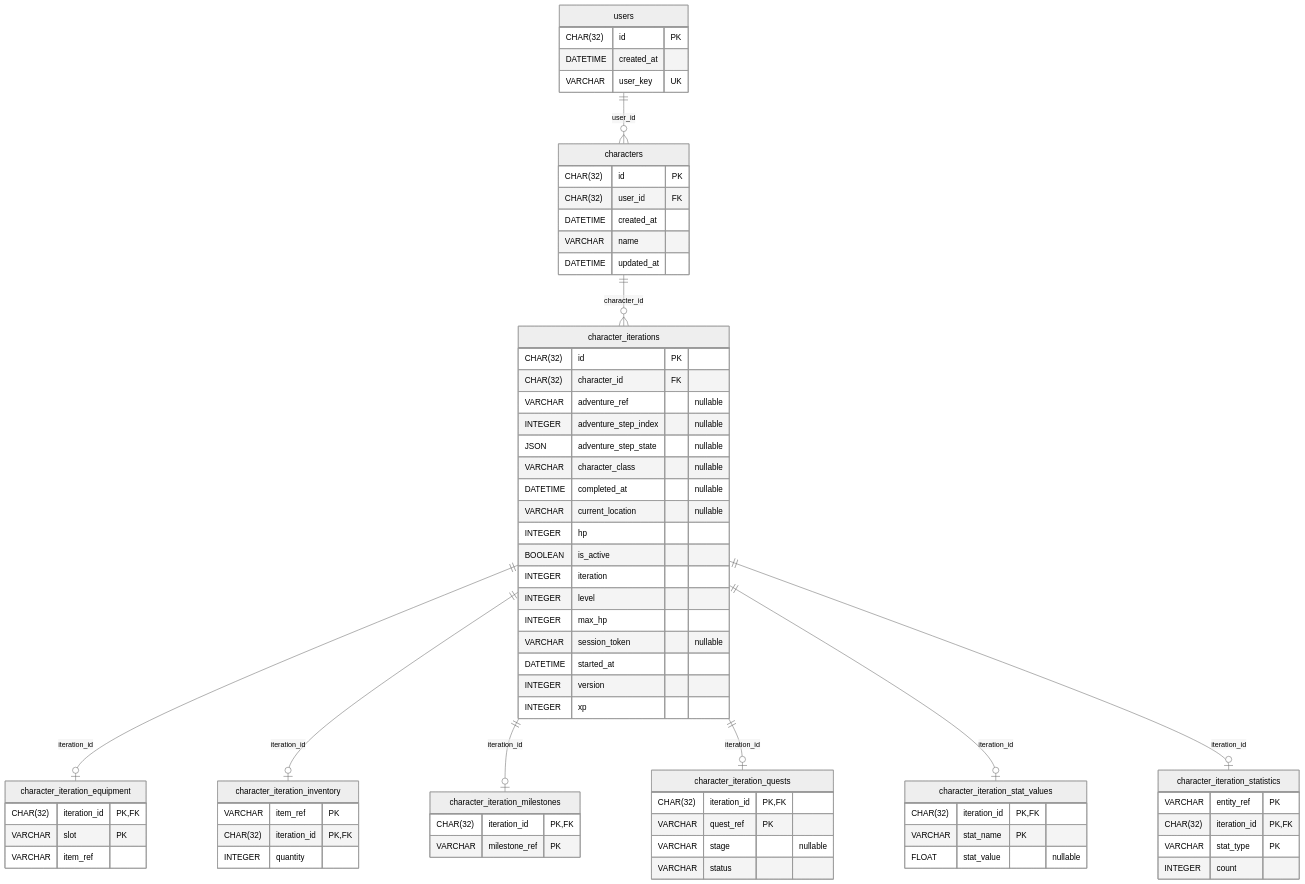
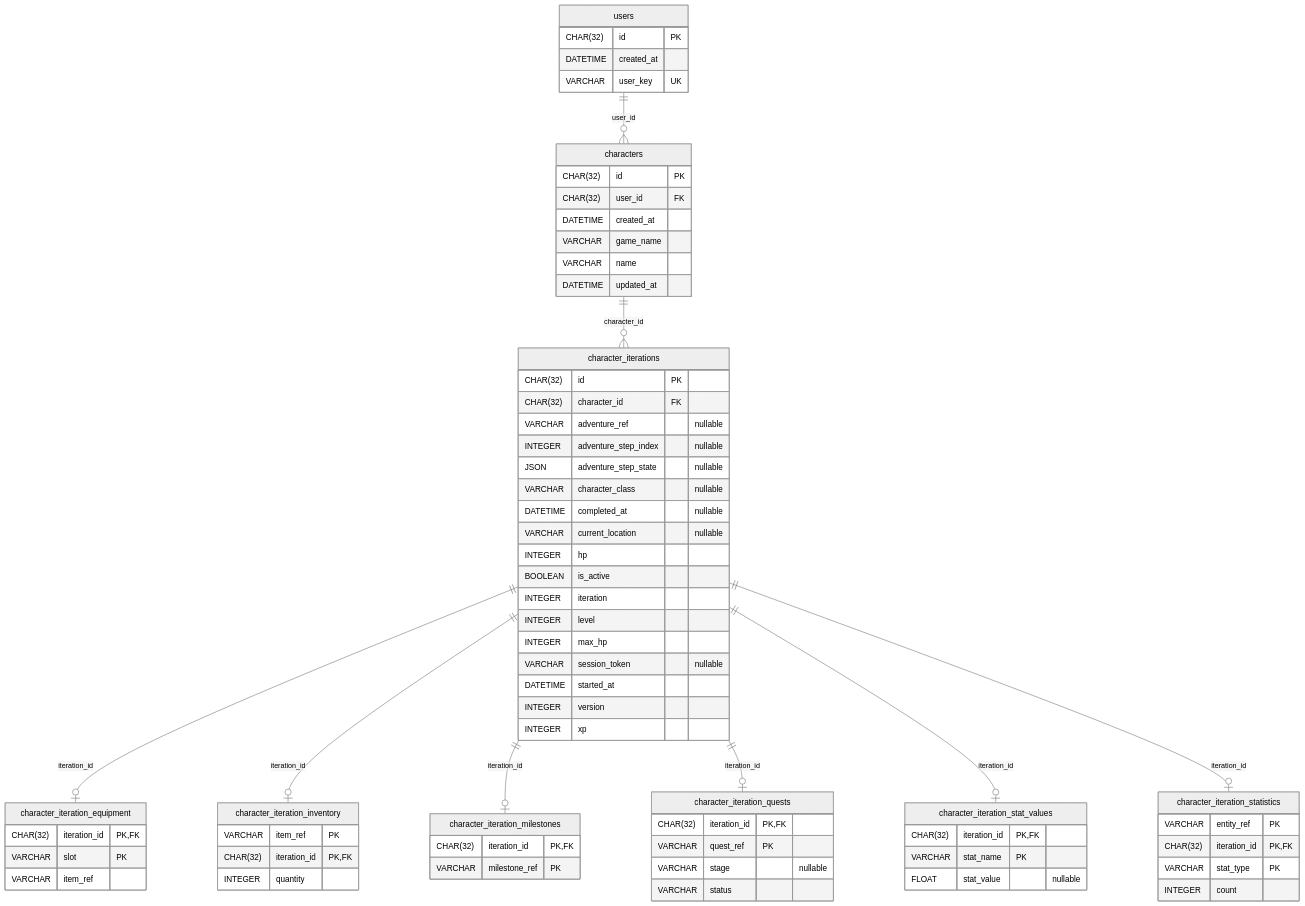
One commit to tedivm/oscilla changed the diagram in docs/dev/database.md. Above: the diagram before and after it, drawn with Mermaid (neutral theme). The commit also changed 163 other files, not shown here.

```diff
--- a/docs/dev/database.md
+++ b/docs/dev/database.md
@@ -825,6 +825,7 @@
     CHAR(32) id PK
     CHAR(32) user_id FK
     DATETIME created_at
+    VARCHAR game_name
     VARCHAR name
     DATETIME updated_at
   }
```
